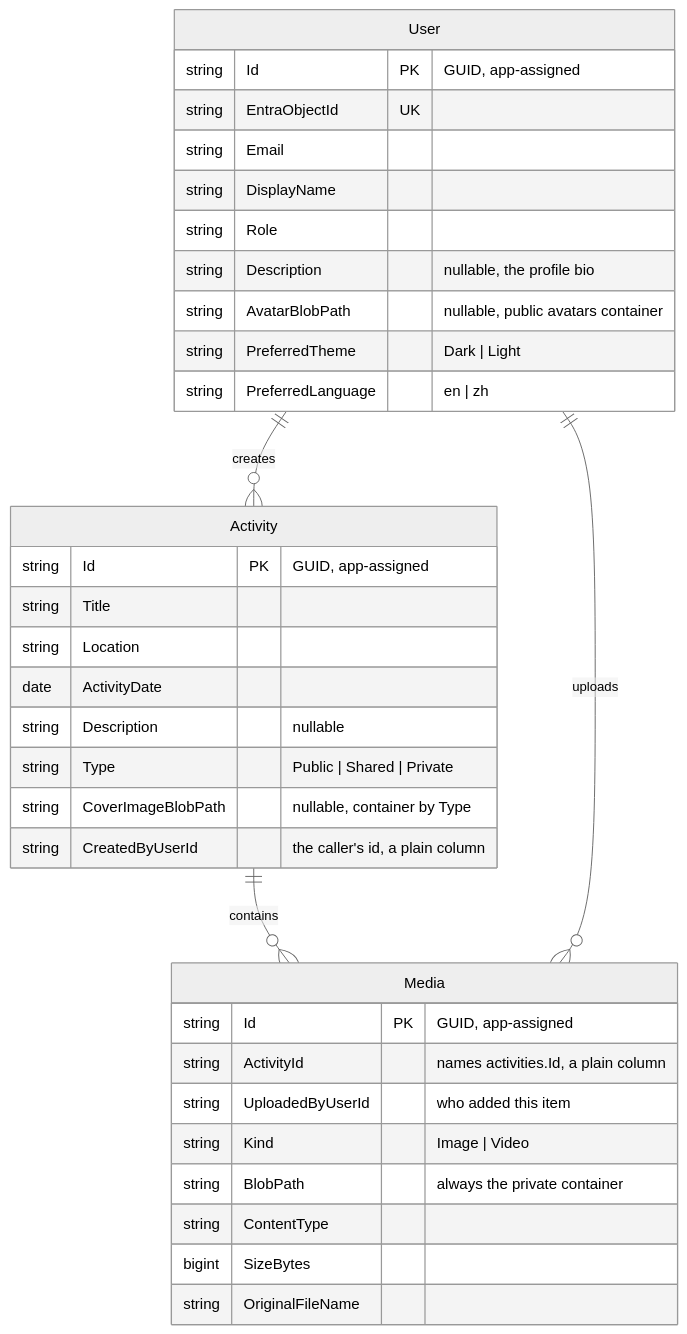
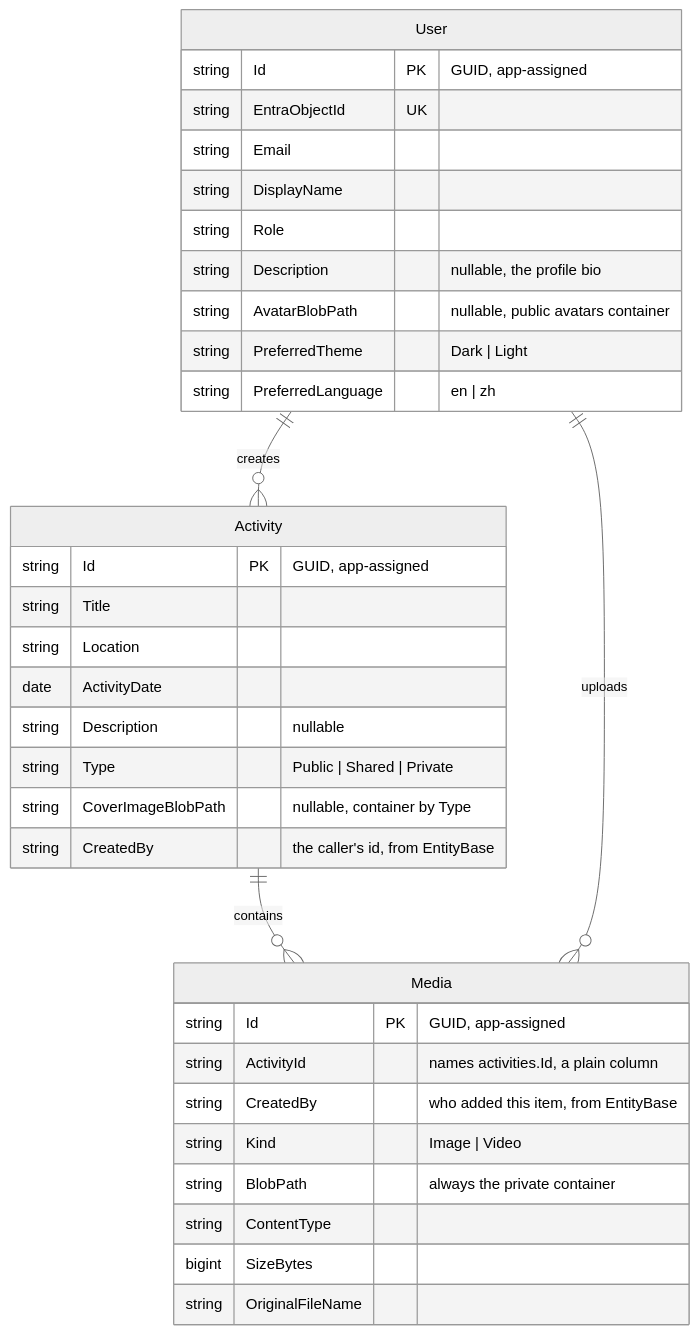
Before and after one commit to RhaegarC/TrailBlaze: the diagram in docs/PRD.md, drawn with Mermaid (neutral theme). The commit also changed other lines of this file and 32 other files, not shown here.

````diff
--- a/docs/PRD.md
+++ b/docs/PRD.md
@@ -187,37 +187,37 @@
 ```mermaid
 erDiagram
     User ||--o{ Activity : creates
     Activity ||--o{ Media : contains
     User ||--o{ Media : uploads
     User {
         string Id PK "GUID, app-assigned"
         string EntraObjectId UK
         string Email
         string DisplayName
         string Role
         string Description "nullable, the profile bio"
         string AvatarBlobPath "nullable, public avatars container"
         string PreferredTheme "Dark | Light"
         string PreferredLanguage "en | zh"
     }
     Activity {
         string Id PK "GUID, app-assigned"
         string Title
         string Location
         date ActivityDate
         string Description "nullable"
         string Type "Public | Shared | Private"
         string CoverImageBlobPath "nullable, container by Type"
-        string CreatedByUserId "the caller's id, a plain column"
+        string CreatedBy "the caller's id, from EntityBase"
     }
     Media {
         string Id PK "GUID, app-assigned"
         string ActivityId "names activities.Id, a plain column"
-        string UploadedByUserId "who added this item"
+        string CreatedBy "who added this item, from EntityBase"
         string Kind "Image | Video"
         string BlobPath "always the private container"
         string ContentType
         bigint SizeBytes
         string OriginalFileName
     }
 ```
````
